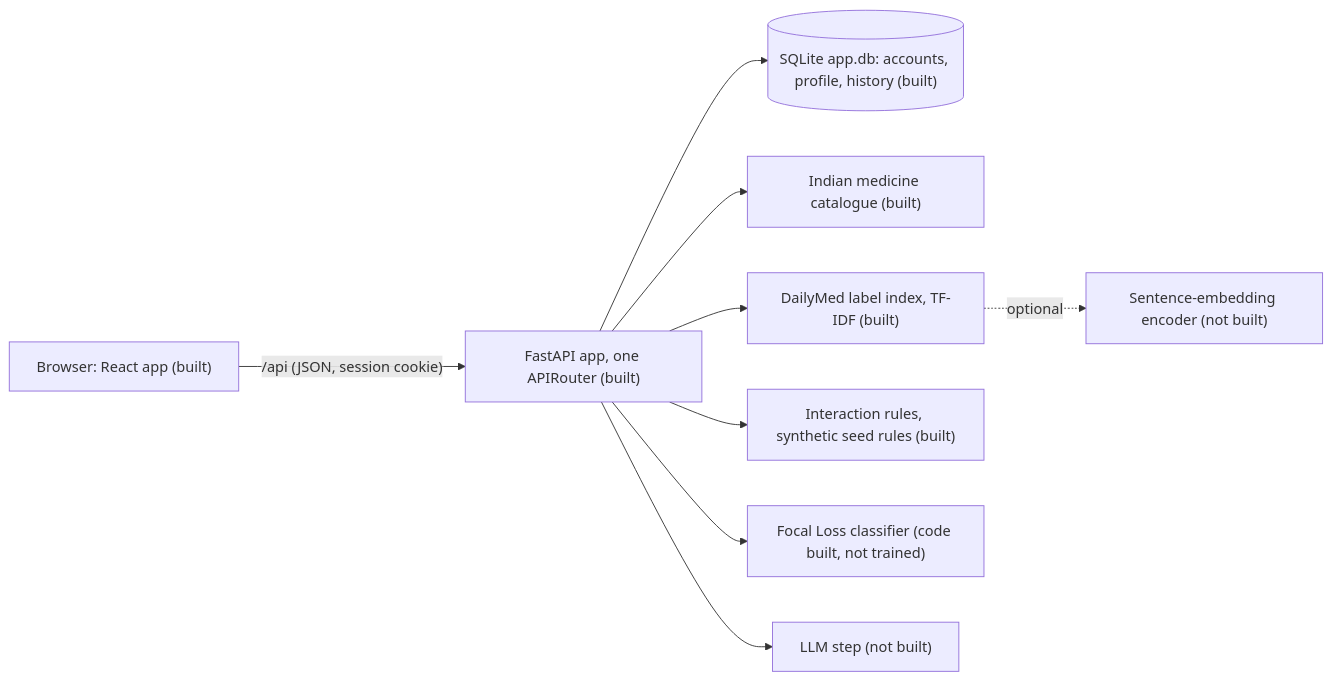
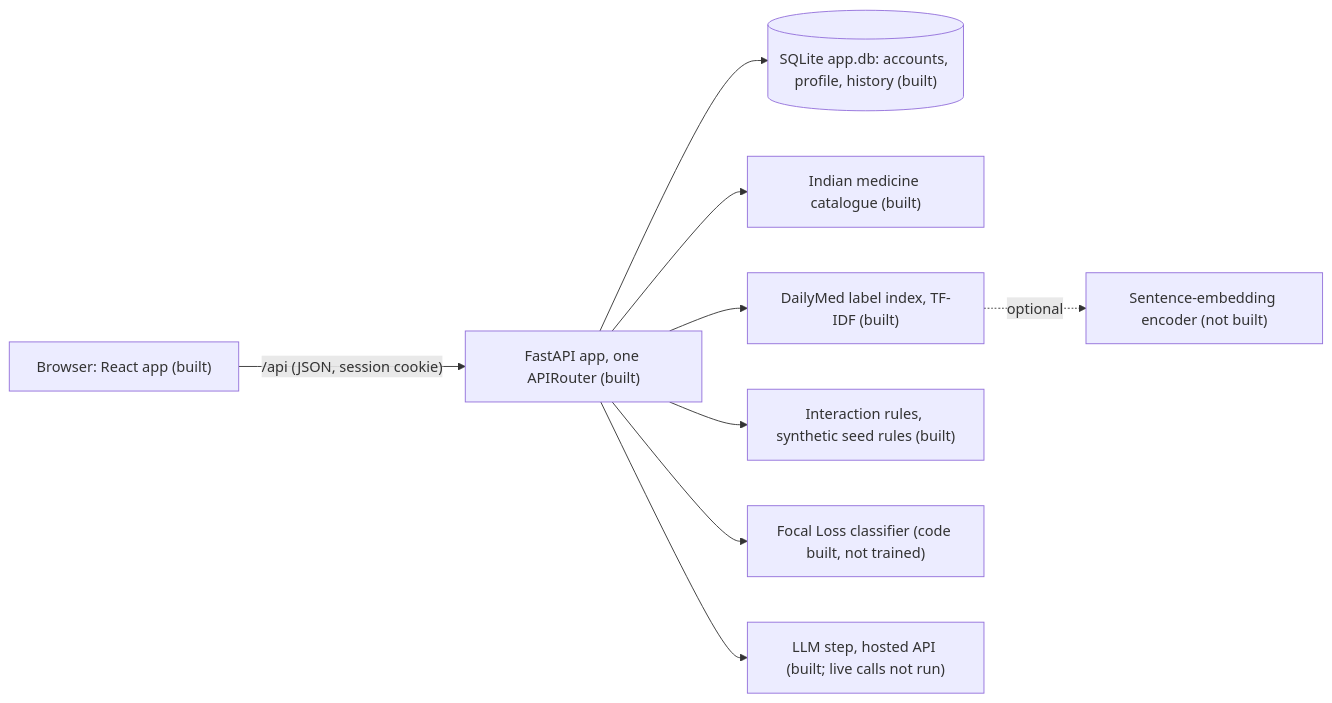
Before and after one commit to Dynamitenite/Medication_Safety_and_Decision_support_system: the diagram in README.md, drawn with Mermaid. The commit also changed other lines of this file and 22 other files, not shown here.

First line of the commit message:
Add the LLM step: grounded answers through a hosted free-tier API

````diff
--- a/README.md
+++ b/README.md
@@ -45,11 +45,11 @@
 ```mermaid
 flowchart LR
   U["Browser: React app (built)"] -->|"/api (JSON, session cookie)"| A["FastAPI app, one APIRouter (built)"]
   A --> DB[("SQLite app.db: accounts, profile, history (built)")]
   A --> C["Indian medicine catalogue (built)"]
   A --> L["DailyMed label index, TF-IDF (built)"]
   A --> R["Interaction rules, synthetic seed rules (built)"]
   A --> K["Focal Loss classifier (code built, not trained)"]
-  A --> M["LLM step (not built)"]
+  A --> M["LLM step, hosted API (built; live calls not run)"]
   L -. optional .-> S["Sentence-embedding encoder (not built)"]
 ```
````
